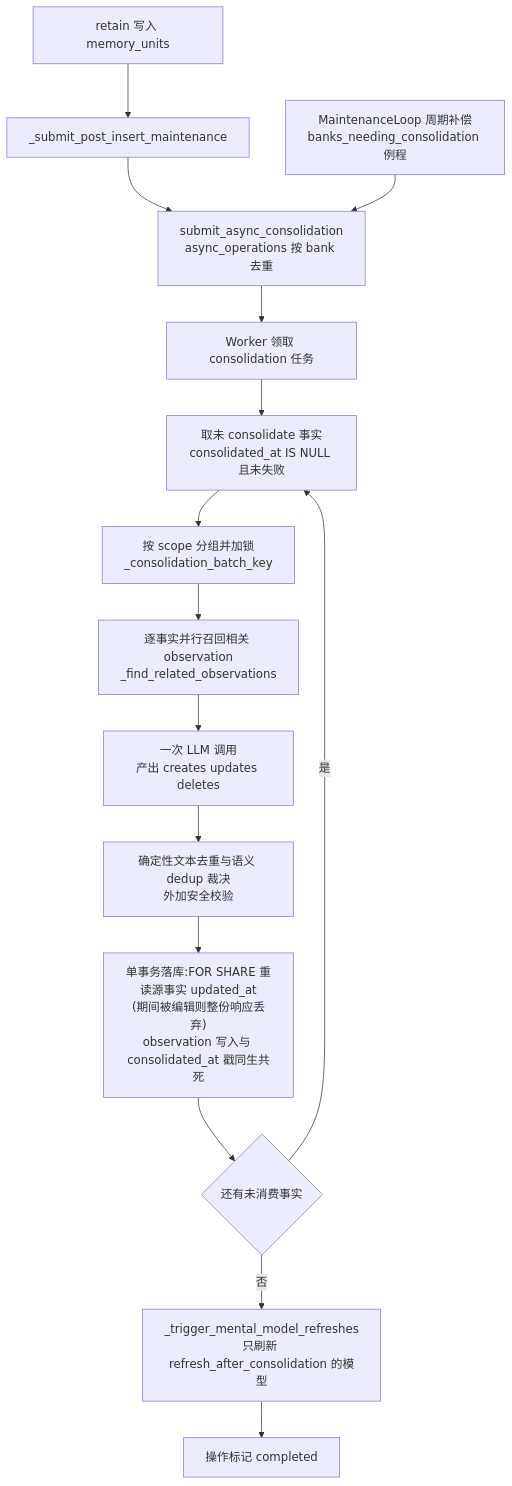
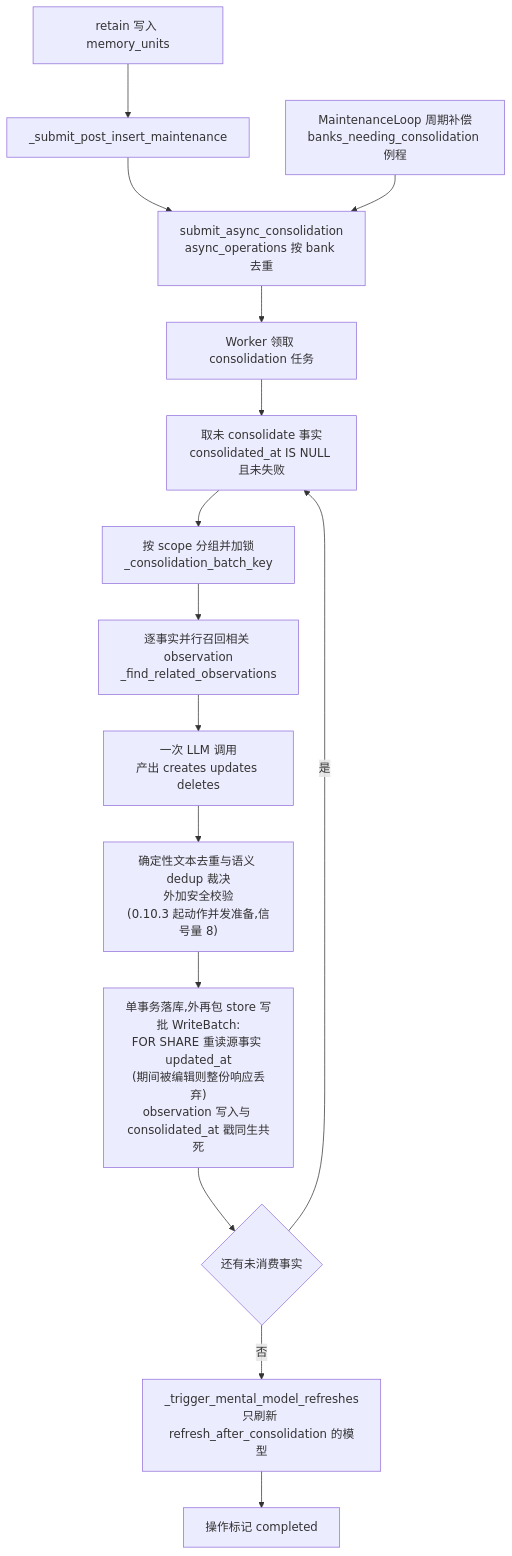
The second of 3 diagrams in docs/hindsight/source-study/04-reflect-与-consolidation.md (stefanv5/memory-platform-architecture), drawn with Mermaid before and after one commit. The commit also changed other lines of this file and 8 other files, not shown here.

````diff
--- a/docs/hindsight/source-study/04-reflect-与-consolidation.md
+++ b/docs/hindsight/source-study/04-reflect-与-consolidation.md
@@ -245,17 +249,17 @@
 ```mermaid
 flowchart TD
     R["retain 写入 memory_units"] --> H["_submit_post_insert_maintenance"]
     H --> S["submit_async_consolidation<br/>async_operations 按 bank 去重"]
     M["MaintenanceLoop 周期补偿<br/>banks_needing_consolidation 例程"] --> S
     S --> W["Worker 领取 consolidation 任务"]
     W --> F["取未 consolidate 事实<br/>consolidated_at IS NULL 且未失败"]
     F --> G["按 scope 分组并加锁<br/>_consolidation_batch_key"]
     G --> P["逐事实并行召回相关 observation<br/>_find_related_observations"]
     P --> L["一次 LLM 调用<br/>产出 creates updates deletes"]
-    L --> V["确定性文本去重与语义 dedup 裁决<br/>外加安全校验"]
-    V --> T["单事务落库:FOR SHARE 重读源事实 updated_at<br/>(期间被编辑则整份响应丢弃)<br/>observation 写入与 consolidated_at 戳同生共死"]
+    L --> V["确定性文本去重与语义 dedup 裁决<br/>外加安全校验<br/>(0.10.3 起动作并发准备,信号量 8)"]
+    V --> T["单事务落库,外再包 store 写批 WriteBatch:<br/>FOR SHARE 重读源事实 updated_at<br/>(期间被编辑则整份响应丢弃)<br/>observation 写入与 consolidated_at 戳同生共死"]
     T --> Q{"还有未消费事实"}
     Q -->|"是"| F
     Q -->|"否"| MM["_trigger_mental_model_refreshes<br/>只刷新 refresh_after_consolidation 的模型"]
     MM --> Z["操作标记 completed"]
 ```
````
